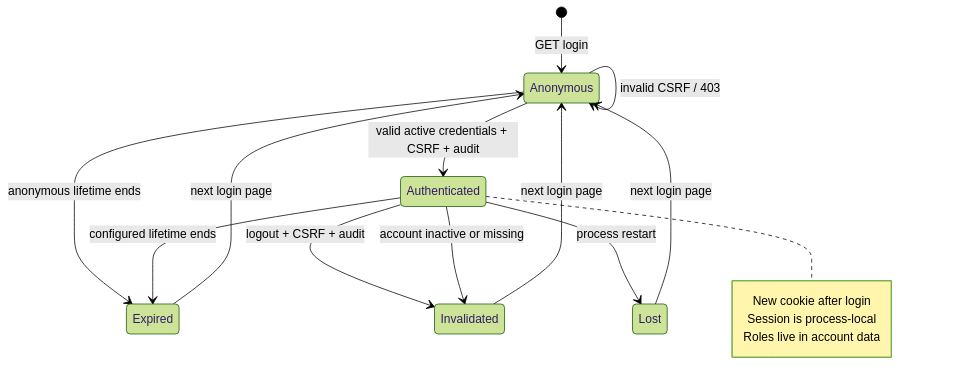
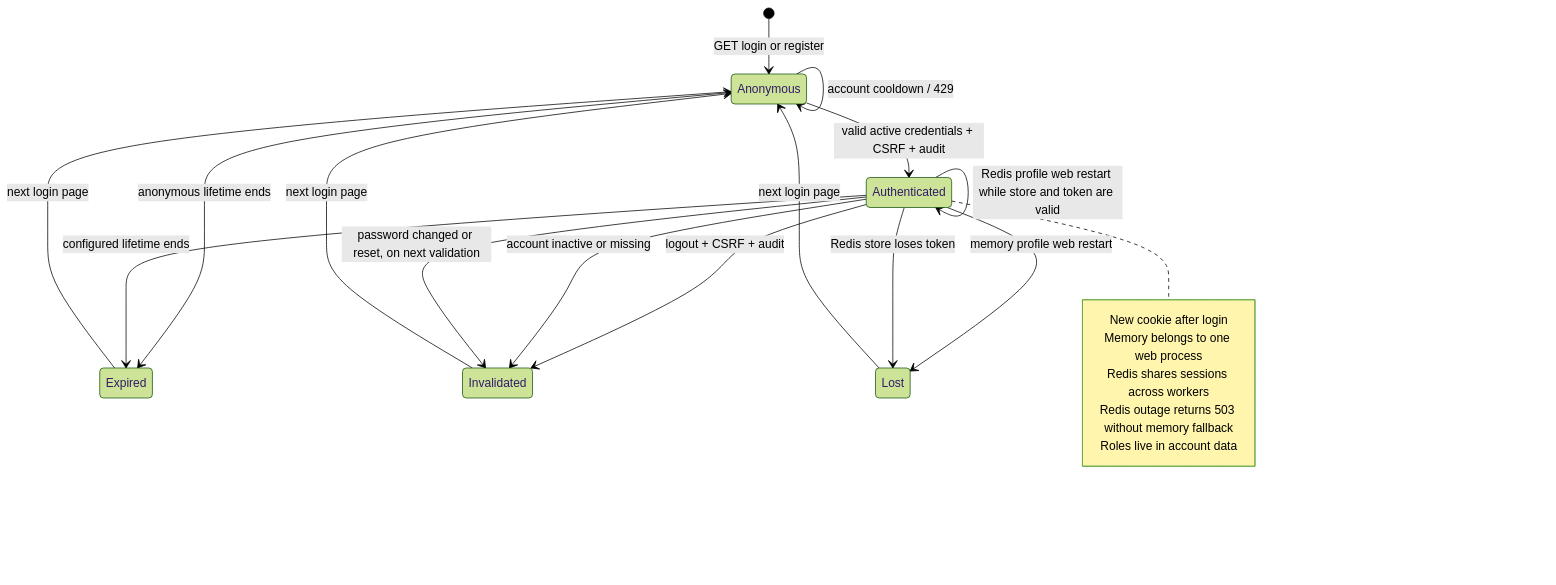
Before and after one commit to MahdySayyar/hrms-project: the diagram in models/states/session.mmd, drawn with Mermaid (forest theme). The commit also changed 3 other files, not shown here.

Commit message:
Align HRMS role and session models with current flows

```diff
--- a/models/states/session.mmd
+++ b/models/states/session.mmd
@@ -1,19 +1,26 @@
 %% ST-01 — Session lifecycle
 stateDiagram-v2
-    [*] --> Anonymous: GET login
+    [*] --> Anonymous: GET login or register
     Anonymous --> Authenticated: valid active credentials + CSRF + audit
     Anonymous --> Anonymous: invalid credentials / 401
     Anonymous --> Anonymous: invalid CSRF / 403
+    Anonymous --> Anonymous: registered member / redirect to login
+    Anonymous --> Anonymous: account cooldown / 429
     Anonymous --> Expired: anonymous lifetime ends
     Authenticated --> Invalidated: logout + CSRF + audit
     Authenticated --> Expired: configured lifetime ends
     Authenticated --> Invalidated: account inactive or missing
-    Authenticated --> Lost: process restart
+    Authenticated --> Invalidated: password changed or reset, on next validation
+    Authenticated --> Lost: memory profile web restart
+    Authenticated --> Authenticated: Redis profile web restart while store and token are valid
+    Authenticated --> Lost: Redis store loses token
     Invalidated --> Anonymous: next login page
     Expired --> Anonymous: next login page
     Lost --> Anonymous: next login page
     note right of Authenticated
       New cookie after login
-      Session is process-local
+      Memory belongs to one web process
+      Redis shares sessions across workers
+      Redis outage returns 503 without memory fallback
       Roles live in account data
     end note
```
